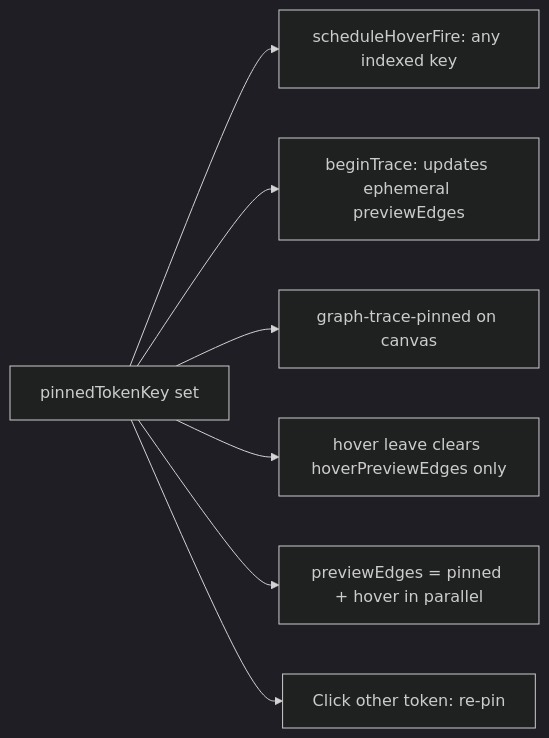
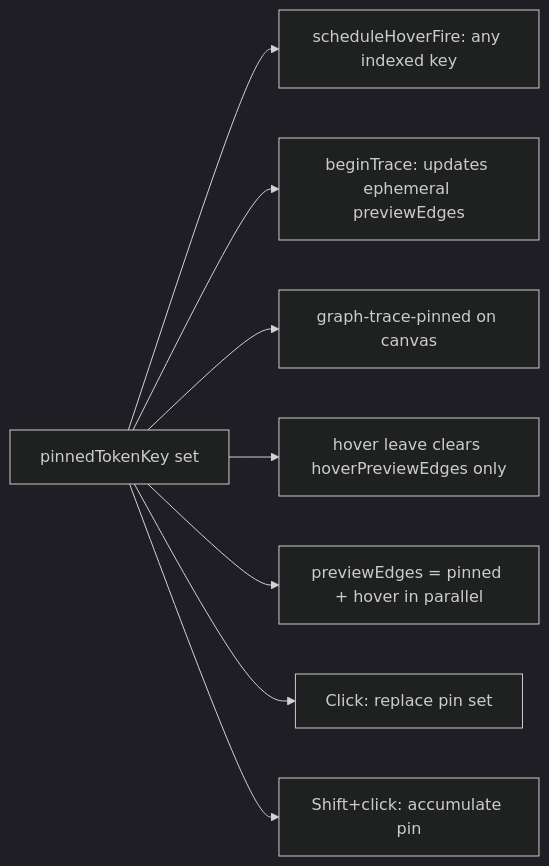
Before and after one commit to matkleve/codegrapher: the seventh of 10 diagrams in docs/specs/system/preview-edges.interactions.supplement.md, drawn with Mermaid (dark theme). The commit also changed other lines of this file and 26 other files, not shown here.

````diff
--- a/docs/specs/system/preview-edges.interactions.supplement.md
+++ b/docs/specs/system/preview-edges.interactions.supplement.md
@@ -184,9 +197,10 @@
 ```mermaid
 flowchart LR
   Pin[pinnedTokenKey set] --> G1[scheduleHoverFire: any indexed key]
   Pin --> G2[beginTrace: updates ephemeral previewEdges]
   Pin --> G3[graph-trace-pinned on canvas]
   Pin --> G4[hover leave clears hoverPreviewEdges only]
   Pin --> G5[previewEdges = pinned + hover in parallel]
-  Pin --> OK[Click other token: re-pin]
+  Pin --> OK[Click: replace pin set]
+  Pin --> Acc[Shift+click: accumulate pin]
 ```
````
